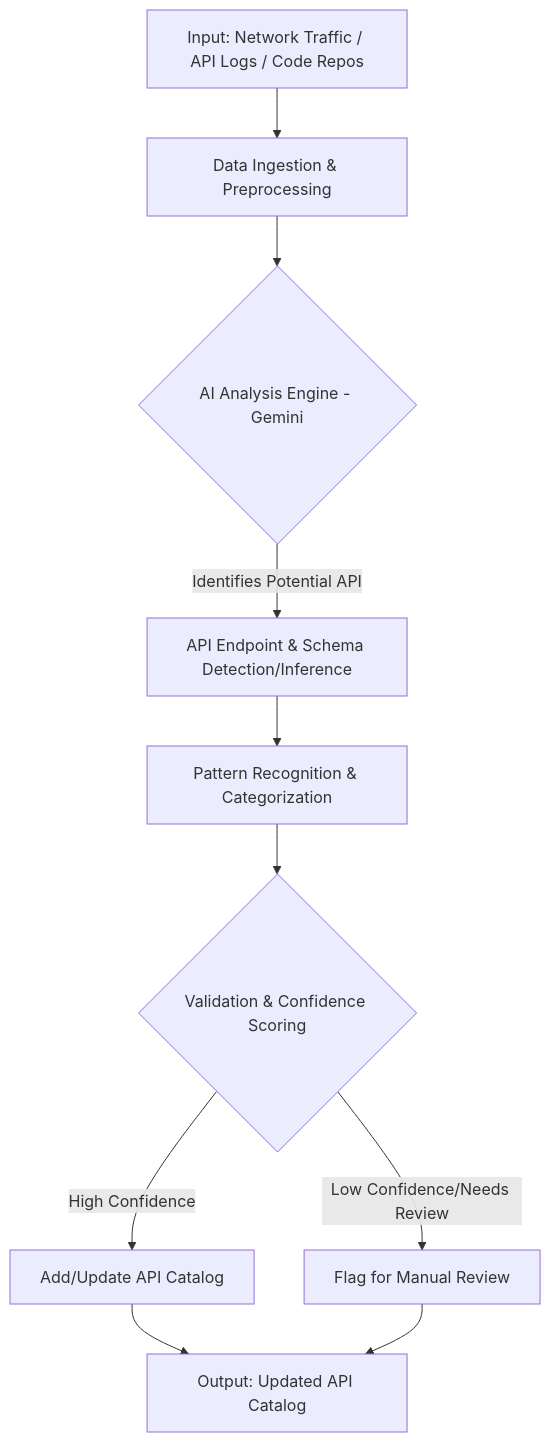
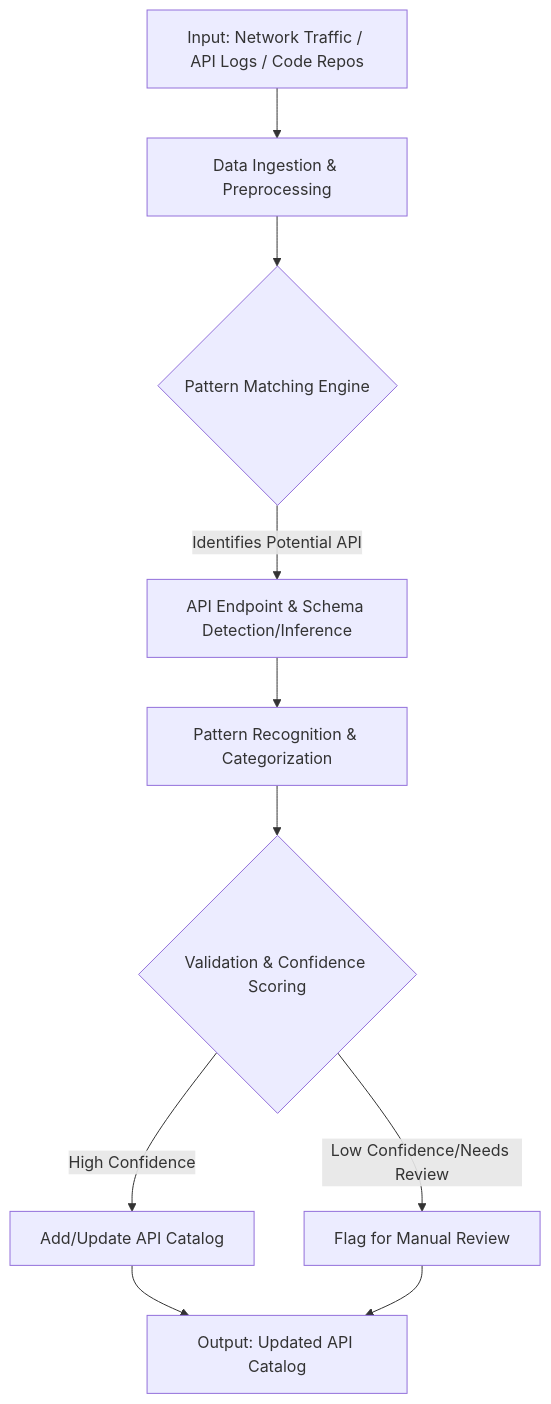
The first of 2 diagrams in docs/website/docs/features/feature-overview.md (adhit-r/aran), drawn with Mermaid before and after one commit. The commit also changed other lines of this file and 82 other files, not shown here.

````diff
--- a/docs/website/docs/features/feature-overview.md
+++ b/docs/website/docs/features/feature-overview.md
@@ -50,12 +69,12 @@
 ```mermaid
 graph TD
     A[Input: Network Traffic / API Logs / Code Repos] --> B[Data Ingestion & Preprocessing];
-    B --> C{AI Analysis Engine - Gemini};
+    B --> C{Pattern Matching Engine};
     C -- Identifies Potential API --> D[API Endpoint & Schema Detection/Inference];
     D --> E[Pattern Recognition & Categorization];
     E --> F{Validation & Confidence Scoring};
     F -- High Confidence --> G[Add/Update API Catalog];
     F -- Low Confidence/Needs Review --> H[Flag for Manual Review];
     G --> I[Output: Updated API Catalog];
     H --> I;
 ```
````
